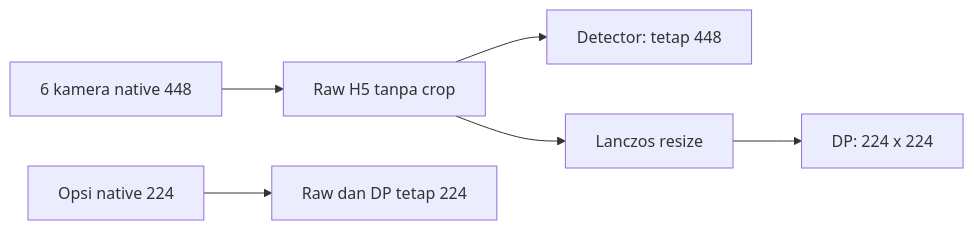
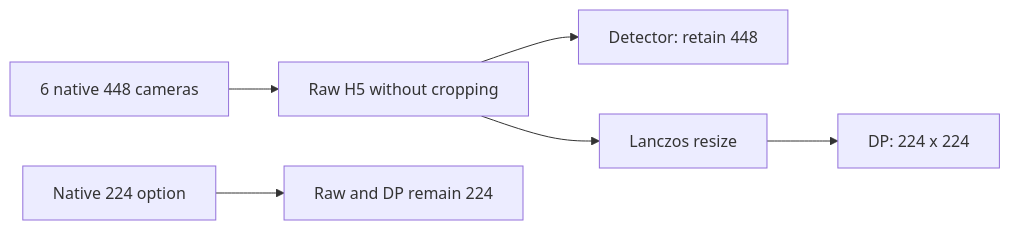
The second of 3 diagrams in README.md (angelinemar/NSTC-Surgical-Instrument-Pick-Place), drawn with Mermaid before and after one commit. The commit also changed other lines of this file and 10 other files, not shown here.

Commit message:
Translate reader-facing documentation and diagrams into English

````diff
--- a/README.md
+++ b/README.md
@@ -49,8 +49,8 @@
 ```mermaid
 flowchart LR
-    A["6 kamera native 448"] --> B["Raw H5 tanpa crop"]
-    B --> C["Detector: tetap 448"]
+    A["6 native 448 cameras"] --> B["Raw H5 without cropping"]
+    B --> C["Detector: retain 448"]
     B --> D["Lanczos resize"]
     D --> E["DP: 224 x 224"]
-    F["Opsi native 224"] --> G["Raw dan DP tetap 224"]
+    F["Native 224 option"] --> G["Raw and DP remain 224"]
 ```
````
